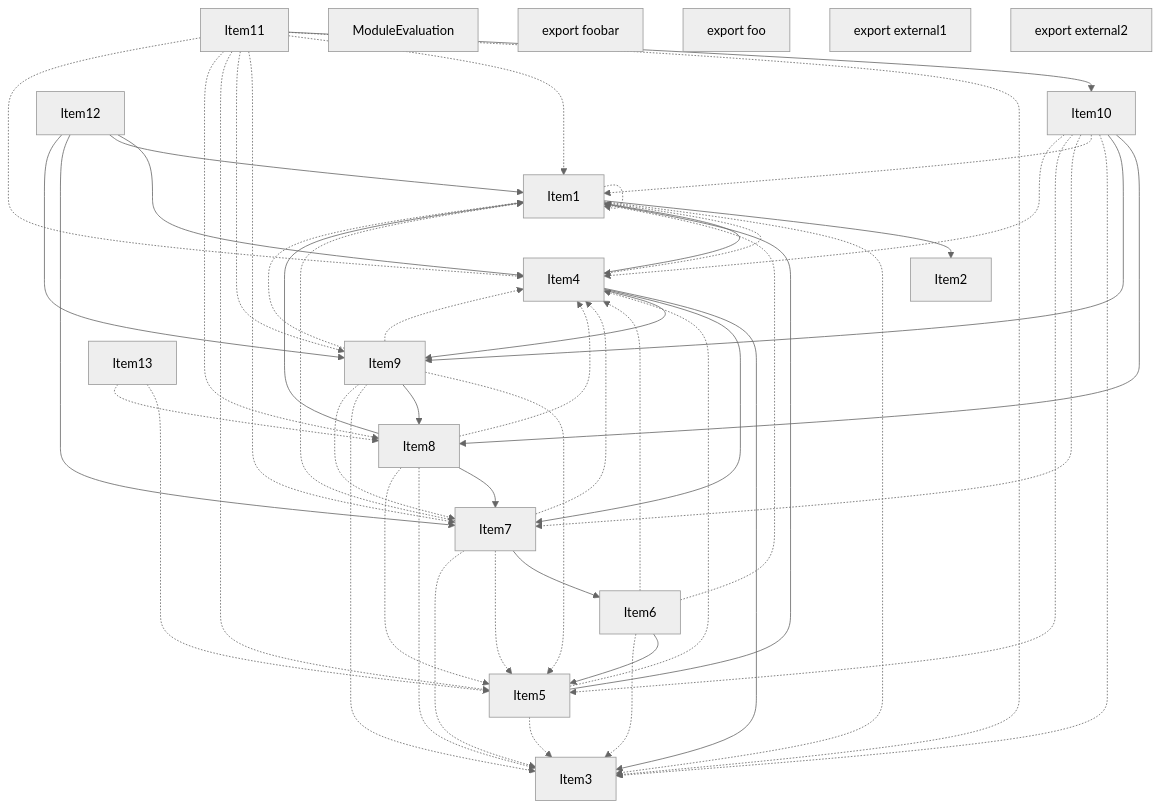
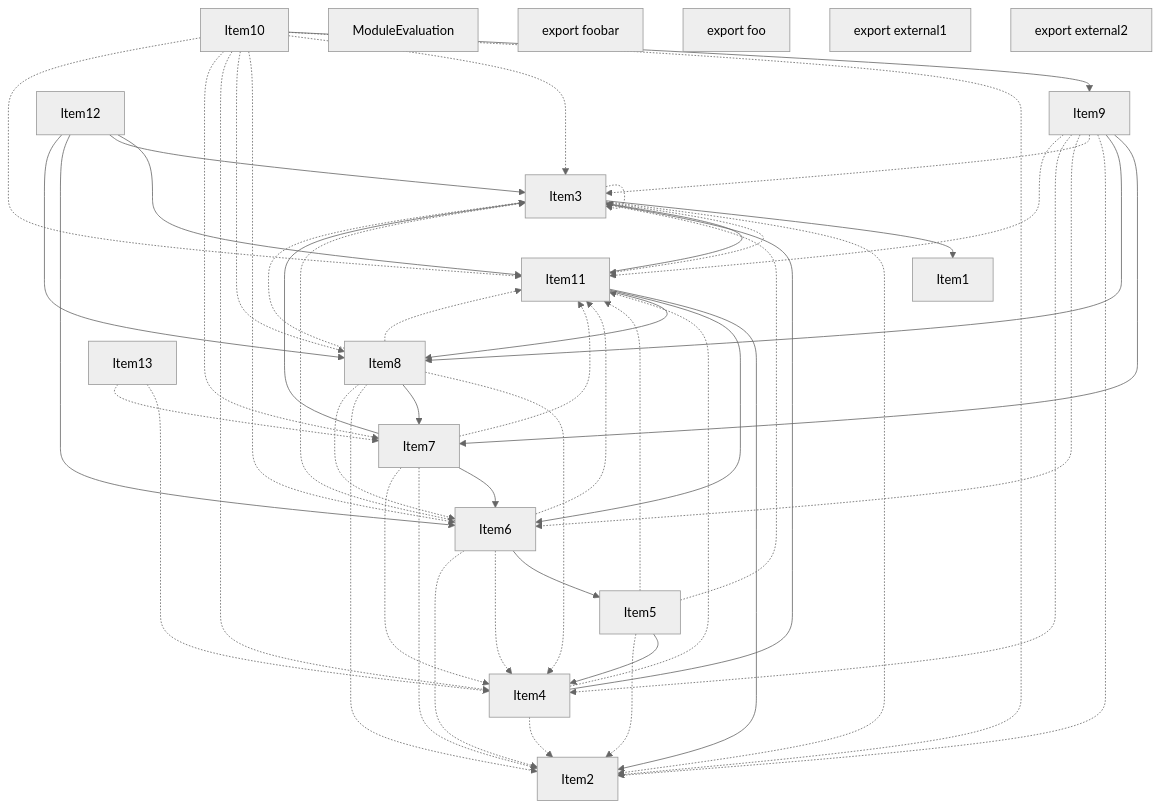
The third of 4 diagrams in crates/turbopack-ecmascript/tests/tree-shaker/analyzer/1/output.md (vercel/turborepo), drawn with Mermaid (neutral theme) before and after one commit. The commit also changed other lines of this file and 3 other files, not shown here.

````diff
--- a/crates/turbopack-ecmascript/tests/tree-shaker/analyzer/1/output.md
+++ b/crates/turbopack-ecmascript/tests/tree-shaker/analyzer/1/output.md
@@ -240,78 +240,78 @@
 ```mermaid
 graph TD
     Item1;
     Item2;
     Item3;
     Item4;
     Item5;
     Item6;
     Item7;
     Item8;
     Item9;
     Item10;
     Item11;
     Item12;
     Item13;
     Item14;
     Item14["ModuleEvaluation"];
     Item15;
     Item15["export foobar"];
     Item16;
     Item16["export foo"];
     Item17;
     Item17["export external1"];
     Item18;
     Item18["export external2"];
-    Item1 --> Item2;
-    Item1 -.-> Item3;
-    Item1 -.-> Item1;
-    Item1 -.-> Item4;
-    Item5 --> Item1;
+    Item3 --> Item1;
+    Item3 -.-> Item2;
+    Item3 -.-> Item3;
+    Item3 -.-> Item11;
+    Item4 --> Item3;
+    Item4 -.-> Item2;
+    Item4 -.-> Item11;
+    Item5 --> Item4;
+    Item5 -.-> Item2;
     Item5 -.-> Item3;
-    Item5 -.-> Item4;
+    Item5 -.-> Item11;
     Item6 --> Item5;
+    Item6 -.-> Item4;
+    Item6 -.-> Item2;
     Item6 -.-> Item3;
-    Item6 -.-> Item1;
-    Item6 -.-> Item4;
+    Item6 -.-> Item11;
+    Item7 --> Item3;
     Item7 --> Item6;
-    Item7 -.-> Item5;
-    Item7 -.-> Item3;
-    Item7 -.-> Item1;
+    Item7 -.-> Item2;
     Item7 -.-> Item4;
-    Item8 --> Item1;
+    Item7 -.-> Item11;
+    Item8 -.-> Item4;
     Item8 --> Item7;
+    Item8 -.-> Item2;
     Item8 -.-> Item3;
-    Item8 -.-> Item5;
-    Item8 -.-> Item4;
-    Item9 -.-> Item5;
+    Item8 -.-> Item6;
+    Item8 -.-> Item11;
+    Item9 --> Item7;
     Item9 --> Item8;
+    Item9 -.-> Item2;
     Item9 -.-> Item3;
-    Item9 -.-> Item1;
-    Item9 -.-> Item7;
+    Item9 -.-> Item6;
     Item9 -.-> Item4;
-    Item10 --> Item8;
+    Item9 -.-> Item11;
     Item10 --> Item9;
+    Item10 -.-> Item2;
     Item10 -.-> Item3;
-    Item10 -.-> Item1;
+    Item10 -.-> Item6;
+    Item10 -.-> Item8;
+    Item10 -.-> Item4;
     Item10 -.-> Item7;
-    Item10 -.-> Item5;
-    Item10 -.-> Item4;
-    Item11 --> Item10;
-    Item11 -.-> Item3;
-    Item11 -.-> Item1;
-    Item11 -.-> Item7;
-    Item11 -.-> Item9;
-    Item11 -.-> Item5;
-    Item11 -.-> Item8;
-    Item11 -.-> Item4;
-    Item4 --> Item3;
-    Item4 --> Item1;
-    Item4 --> Item7;
-    Item4 --> Item9;
-    Item12 --> Item4;
-    Item12 --> Item1;
-    Item12 --> Item7;
-    Item12 --> Item9;
-    Item13 -.-> Item5;
-    Item13 -.-> Item8;
+    Item10 -.-> Item11;
+    Item11 --> Item2;
+    Item11 --> Item3;
+    Item11 --> Item6;
+    Item11 --> Item8;
+    Item12 --> Item11;
+    Item12 --> Item3;
+    Item12 --> Item6;
+    Item12 --> Item8;
+    Item13 -.-> Item4;
+    Item13 -.-> Item7;
 ```
````
